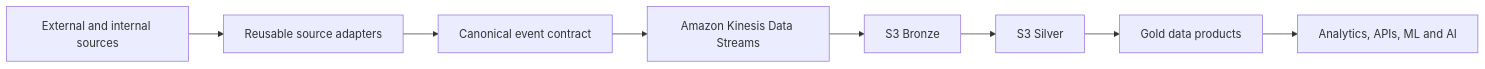
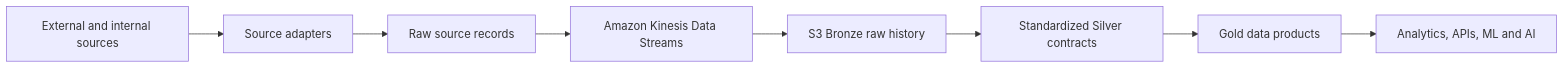
Before and after one commit to PARESHRANJAN299/Data_Architecture_Engineering_2026_Paresh: the first of 2 diagrams in 10_Projects_Portfolio/LCA_Governed_Source_to_Gold_Streaming_AI_Data_Platform/README.md, drawn with Mermaid. The commit also changed other lines of this file and 16 other files, not shown here.

Commit message:
Add Phase 1 source-to-Silver architecture guide

````diff
--- a/10_Projects_Portfolio/LCA_Governed_Source_to_Gold_Streaming_AI_Data_Platform/README.md
+++ b/10_Projects_Portfolio/LCA_Governed_Source_to_Gold_Streaming_AI_Data_Platform/README.md
@@ -41,10 +41,10 @@
 ```mermaid
 flowchart LR
-    S[External and internal sources] --> A[Reusable source adapters]
-    A --> C[Canonical event contract]
-    C --> K[Amazon Kinesis Data Streams]
-    K --> B[S3 Bronze]
-    B --> V[S3 Silver]
+    S[External and internal sources] --> A[Source adapters]
+    A --> R[Raw source records]
+    R --> K[Amazon Kinesis Data Streams]
+    K --> B[S3 Bronze raw history]
+    B --> V[Standardized Silver contracts]
     V --> G[Gold data products]
     G --> Q[Analytics, APIs, ML and AI]
 ```
````
